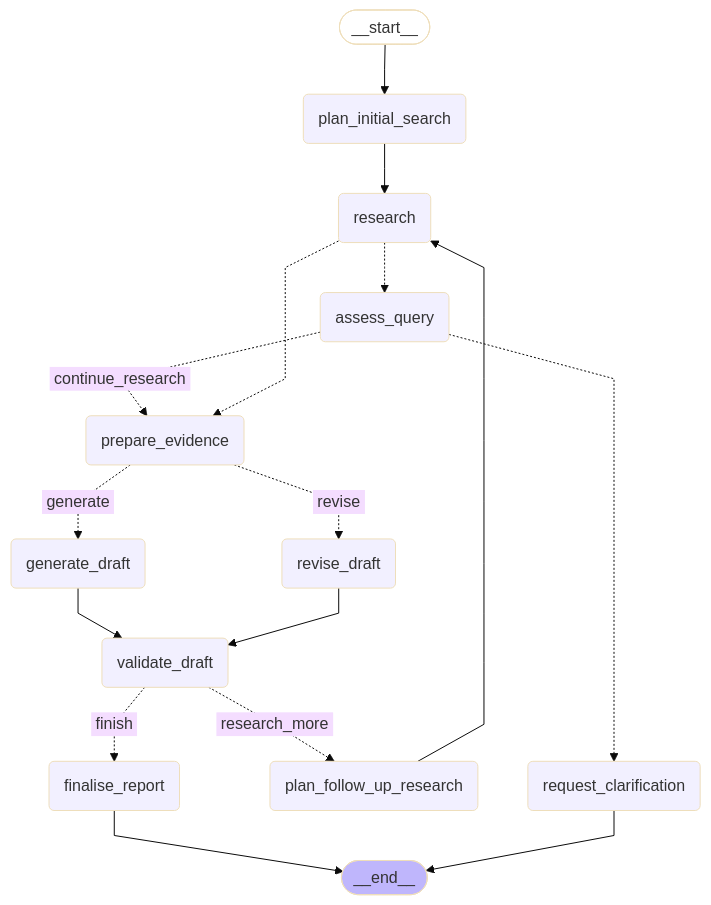
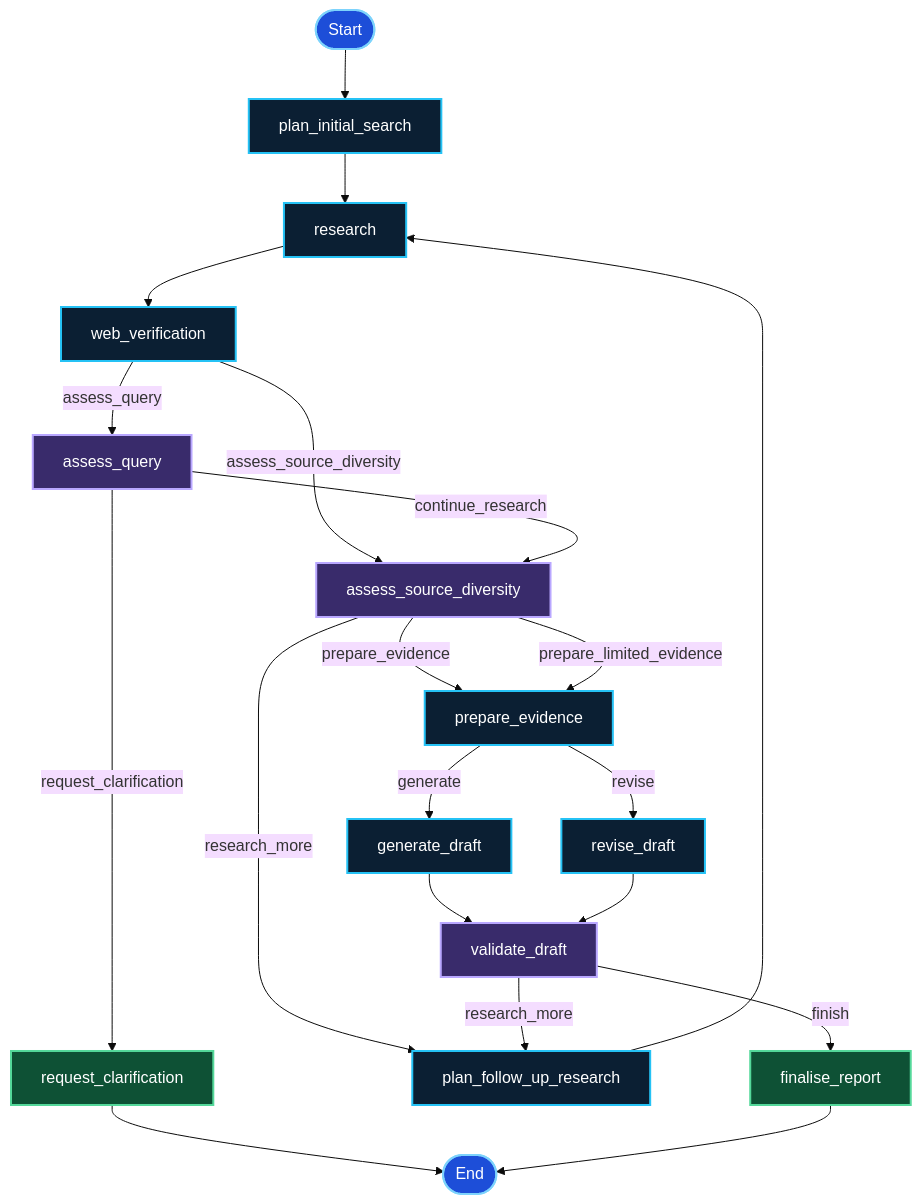
One commit to DavidGillAI/DRAGNET_Autonomous_News_Verification_Agent changed the diagram in docs/dragnet_langgraph.mmd. Above: the diagram before and after it, drawn with Mermaid (base theme). The commit also changed other lines of this file and 6 other files, not shown here.

```diff
--- a/docs/dragnet_langgraph.mmd
+++ b/docs/dragnet_langgraph.mmd
@@ -1,36 +1,37 @@
----
-config:
-  flowchart:
-    curve: linear
----
-graph TD;
-	__start__([<p>__start__</p>]):::first
-	plan_initial_search(plan_initial_search)
-	research(research)
-	assess_query(assess_query)
-	request_clarification(request_clarification)
-	prepare_evidence(prepare_evidence)
-	generate_draft(generate_draft)
-	validate_draft(validate_draft)
-	plan_follow_up_research(plan_follow_up_research)
-	revise_draft(revise_draft)
-	finalise_report(finalise_report)
-	__end__([<p>__end__</p>]):::last
-	__start__ --> plan_initial_search;
-	assess_query -. &nbsp;continue_research&nbsp; .-> prepare_evidence;
-	assess_query -.-> request_clarification;
-	generate_draft --> validate_draft;
-	plan_follow_up_research --> research;
-	plan_initial_search --> research;
-	prepare_evidence -. &nbsp;generate&nbsp; .-> generate_draft;
-	prepare_evidence -. &nbsp;revise&nbsp; .-> revise_draft;
-	research -.-> assess_query;
-	research -.-> prepare_evidence;
-	revise_draft --> validate_draft;
-	validate_draft -. &nbsp;finish&nbsp; .-> finalise_report;
-	validate_draft -. &nbsp;research_more&nbsp; .-> plan_follow_up_research;
-	finalise_report --> __end__;
-	request_clarification --> __end__;
-	classDef default fill:#f2f0ff,line-height:1.2
-	classDef first fill-opacity:0
-	classDef last fill:#bfb6fc
+flowchart TD
+    START([Start]) --> plan_initial_search
+    plan_initial_search --> research
+    research --> web_verification
+
+    web_verification -->|assess_query| assess_query
+    web_verification -->|assess_source_diversity| assess_source_diversity
+
+    assess_query -->|continue_research| assess_source_diversity
+    assess_query -->|request_clarification| request_clarification
+    request_clarification --> END([End])
+
+    assess_source_diversity -->|prepare_evidence| prepare_evidence
+    assess_source_diversity -->|prepare_limited_evidence| prepare_evidence
+    assess_source_diversity -->|research_more| plan_follow_up_research
+
+    prepare_evidence -->|generate| generate_draft
+    prepare_evidence -->|revise| revise_draft
+
+    generate_draft --> validate_draft
+    revise_draft --> validate_draft
+
+    validate_draft -->|research_more| plan_follow_up_research
+    validate_draft -->|finish| finalise_report
+
+    plan_follow_up_research --> research
+    finalise_report --> END
+
+    classDef process fill:#0B1F33,stroke:#25C2F5,color:#FFFFFF,stroke-width:2px;
+    classDef decision fill:#392B6B,stroke:#B9A7FF,color:#FFFFFF,stroke-width:2px;
+    classDef output fill:#0E5135,stroke:#54D89A,color:#FFFFFF,stroke-width:2px;
+    classDef endpoint fill:#1D4ED8,stroke:#7DD3FC,color:#FFFFFF,stroke-width:2px;
+
+    class plan_initial_search,research,web_verification,prepare_evidence,generate_draft,revise_draft,plan_follow_up_research process;
+    class assess_query,assess_source_diversity,validate_draft decision;
+    class request_clarification,finalise_report output;
+    class START,END endpoint;
```
